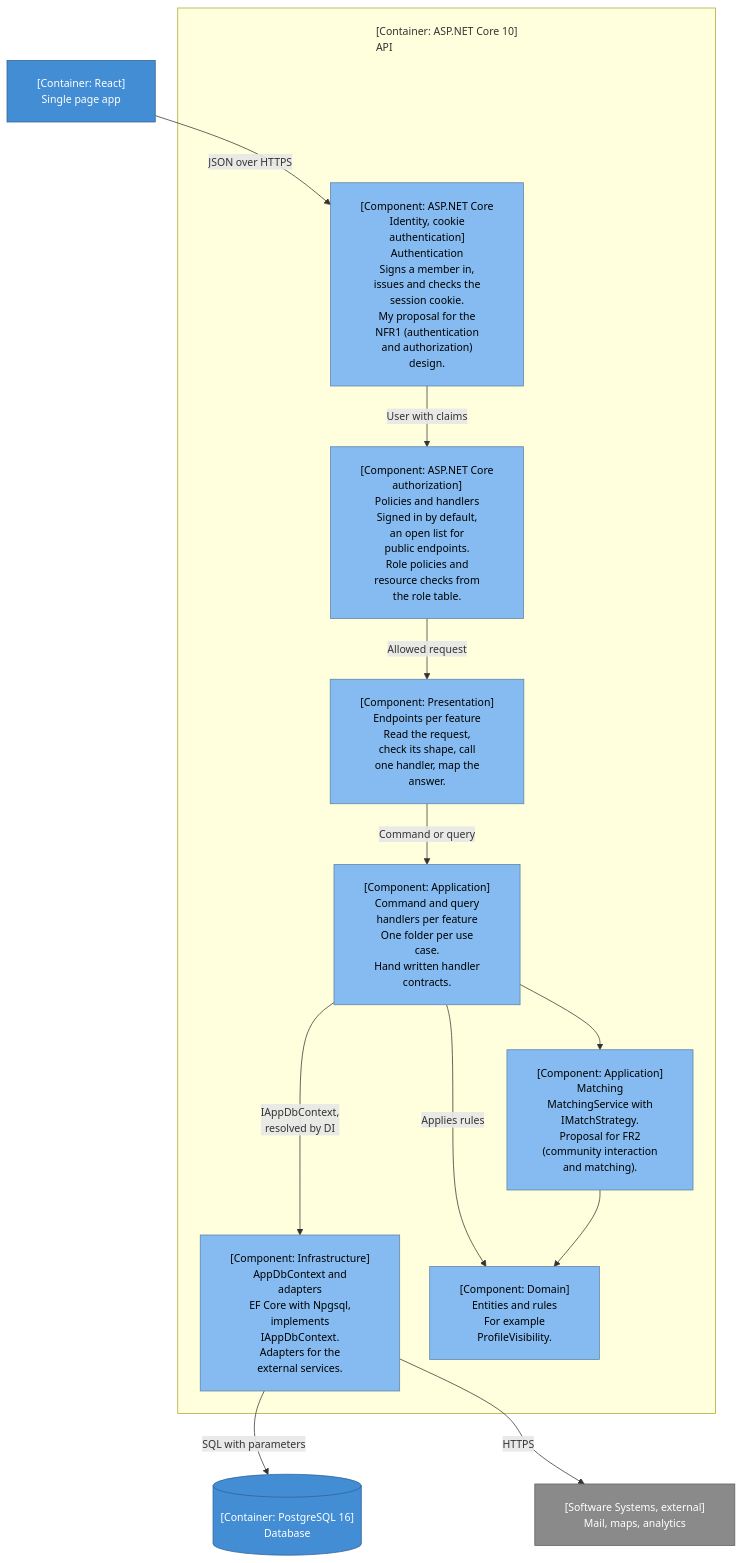
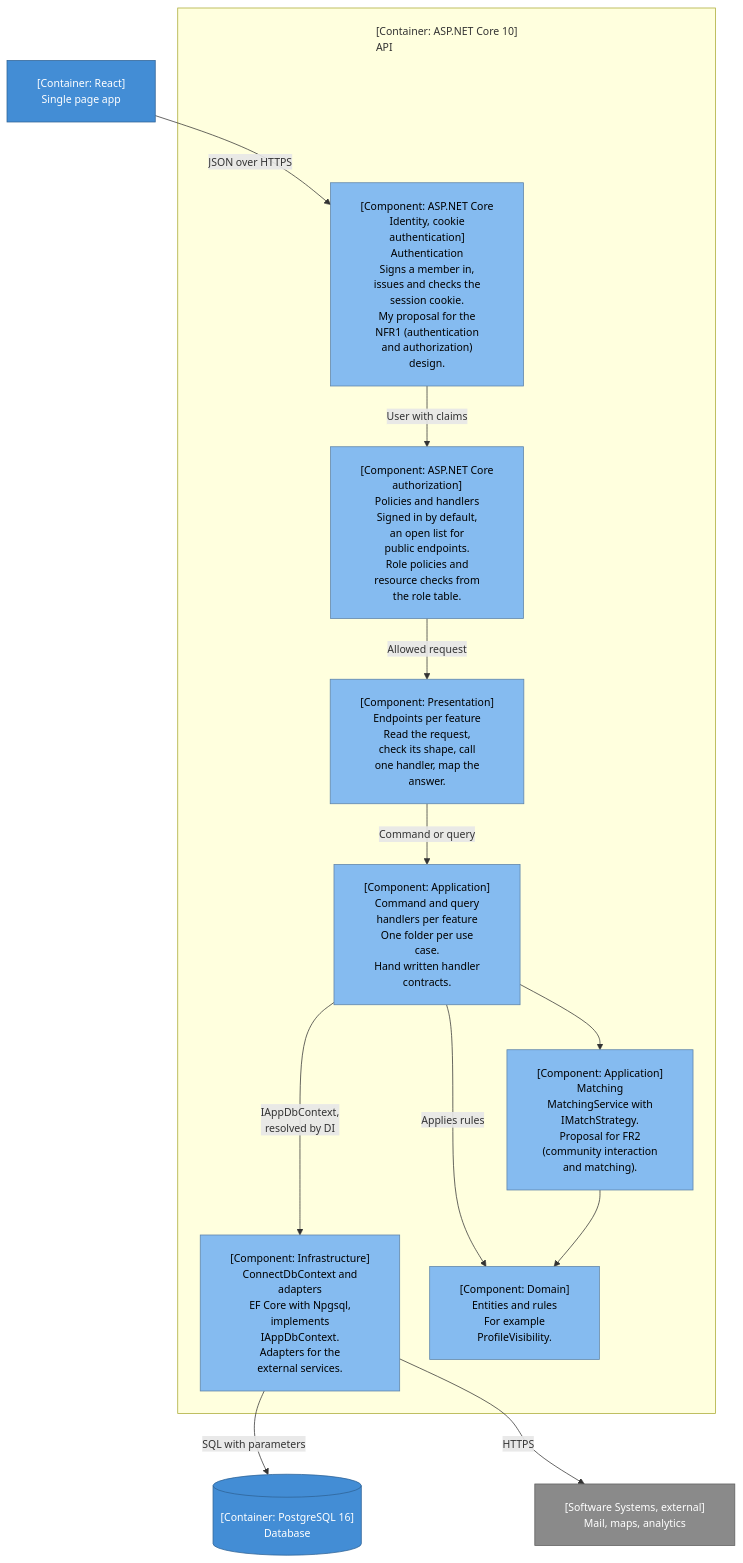
One commit to guruITA/connect-nine changed the fourth of 9 diagrams in docs/wesley/securityAndArchitecture.md. Above: the diagram before and after it, drawn with Mermaid. The commit also changed other lines of this file and 4 other files, not shown here.

First line of the commit message:
docs(docs): name the DbContext ConnectDbContext, as the code does (#12)

````diff
--- a/docs/wesley/securityAndArchitecture.md
+++ b/docs/wesley/securityAndArchitecture.md
@@ -394,37 +394,37 @@
 ```mermaid
 %%{init: {'flowchart': {'wrappingWidth': 220, 'padding': 20, 'nodeSpacing': 40, 'rankSpacing': 60, 'subGraphTitleMargin': {'top': 20, 'bottom': 20}}, 'themeVariables': {'fontSize': '14px'}}}%%
 flowchart TB
     spa["[Container: React]<br/>Single page app"]
     db[("[Container: PostgreSQL 16]<br/>Database")]
     ext["[Software Systems, external]<br/>Mail, maps, analytics"]
     subgraph apiBox ["[Container: ASP.NET Core 10]<br/>API"]
 apiSpacer["⠀⠀⠀⠀⠀⠀⠀⠀⠀⠀⠀⠀⠀⠀⠀⠀⠀⠀⠀⠀⠀⠀⠀⠀⠀⠀⠀⠀⠀⠀⠀⠀⠀⠀⠀⠀"]
         authn["[Component: ASP.NET Core<br/>Identity, cookie<br/>authentication]<br/>Authentication<br/>Signs a member in,<br/>issues and checks the<br/>session cookie.<br/>My proposal for the<br/>NFR1 (authentication<br/>and authorization)<br/>design."]
         authz["[Component: ASP.NET Core<br/>authorization]<br/>Policies and handlers<br/>Signed in by default,<br/>an open list for<br/>public endpoints.<br/>Role policies and<br/>resource checks from<br/>the role table."]
         endpoints["[Component: Presentation]<br/>Endpoints per feature<br/>Read the request,<br/>check its shape, call<br/>one handler, map the<br/>answer."]
         handlers["[Component: Application]<br/>Command and query<br/>handlers per feature<br/>One folder per use<br/>case.<br/>Hand written handler<br/>contracts."]
         matching["[Component: Application]<br/>Matching<br/>MatchingService with<br/>IMatchStrategy.<br/>Proposal for FR2<br/>(community interaction<br/>and matching)."]
         domain["[Component: Domain]<br/>Entities and rules<br/>For example<br/>ProfileVisibility."]
-        infra["[Component: Infrastructure]<br/>AppDbContext and<br/>adapters<br/>EF Core with Npgsql,<br/>implements<br/>IAppDbContext.<br/>Adapters for the<br/>external services."]
+        infra["[Component: Infrastructure]<br/>ConnectDbContext and<br/>adapters<br/>EF Core with Npgsql,<br/>implements<br/>IAppDbContext.<br/>Adapters for the<br/>external services."]
     end
     spa -->|"JSON over HTTPS"| authn
     authn -->|"User with claims"| authz
     authz -->|"Allowed request"| endpoints
     endpoints -->|"Command or query"| handlers
     handlers --> matching
     handlers -->|"Applies rules"| domain
     matching --> domain
     handlers -->|"IAppDbContext,<br/>resolved by DI"| infra
     infra -->|"SQL with parameters"| db
     infra -->|"HTTPS"| ext
     classDef component fill:#85bbf0,color:#000000,stroke:#5d82a8
     classDef container fill:#438dd5,color:#ffffff,stroke:#2e6295
     classDef external fill:#8a8a8a,color:#ffffff,stroke:#5e5e5e
     class authn,authz,endpoints,handlers,matching,domain,infra component
     class spa,db container
     class ext external
 apiSpacer ~~~ authn
 style apiSpacer fill:none,stroke:none
 domain ~~~ db
 domain ~~~ ext
 ```
````
